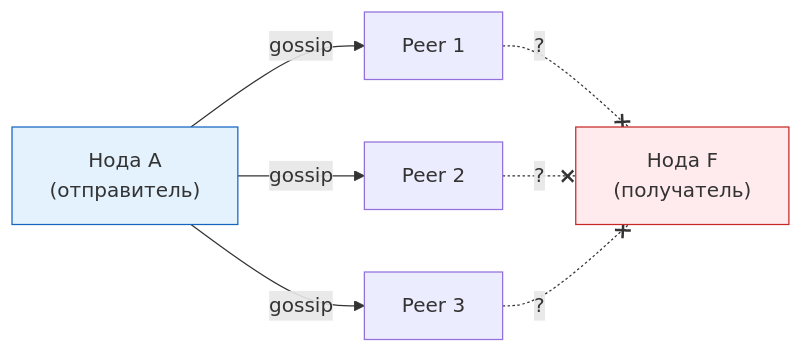
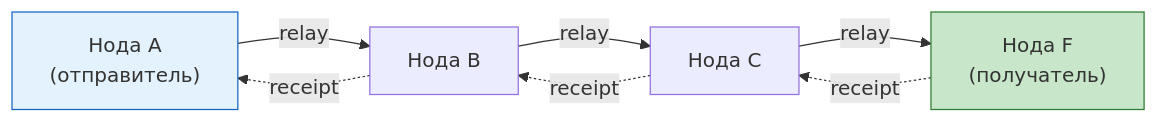
Before and after one commit to piratecash/corsa: the first of 13 diagrams in docs/roadmap.ru.md, drawn with Mermaid. The commit also changed other lines of this file and 18 other files, not shown here.

Commit message:
feat(mesh): harden relay — bounded state, per-peer rate limiting, admission control, integration tests

````diff
--- a/docs/roadmap.ru.md
+++ b/docs/roadmap.ru.md
@@ -63,12 +64,10 @@
 ```mermaid
 graph LR
-    A["Нода A<br/>(отправитель)"] -->|gossip| P1["Peer 1"]
-    A -->|gossip| P2["Peer 2"]
-    A -->|gossip| P3["Peer 3"]
-    P1 -.-x|"?"| F["Нода F<br/>(получатель)"]
-    P2 -.-x|"?"| F
-    P3 -.-x|"?"| F
+    A["Нода A<br/>(отправитель)"] -->|relay| B["Нода B"]
+    B -->|relay| C["Нода C"]
+    C -->|relay| F["Нода F<br/>(получатель)"]
+    F -.->|receipt| C -.->|receipt| B -.->|receipt| A
 
     style A fill:#e3f2fd,stroke:#1565c0
-    style F fill:#ffebee,stroke:#c62828
+    style F fill:#c8e6c9,stroke:#2e7d32
 ```
````
